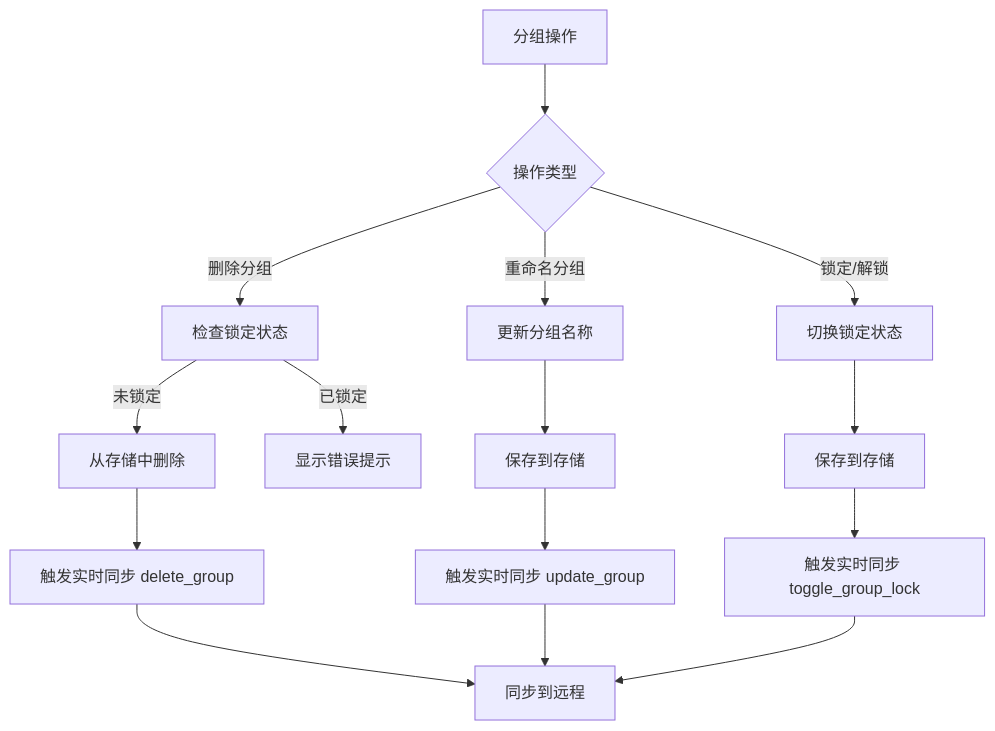
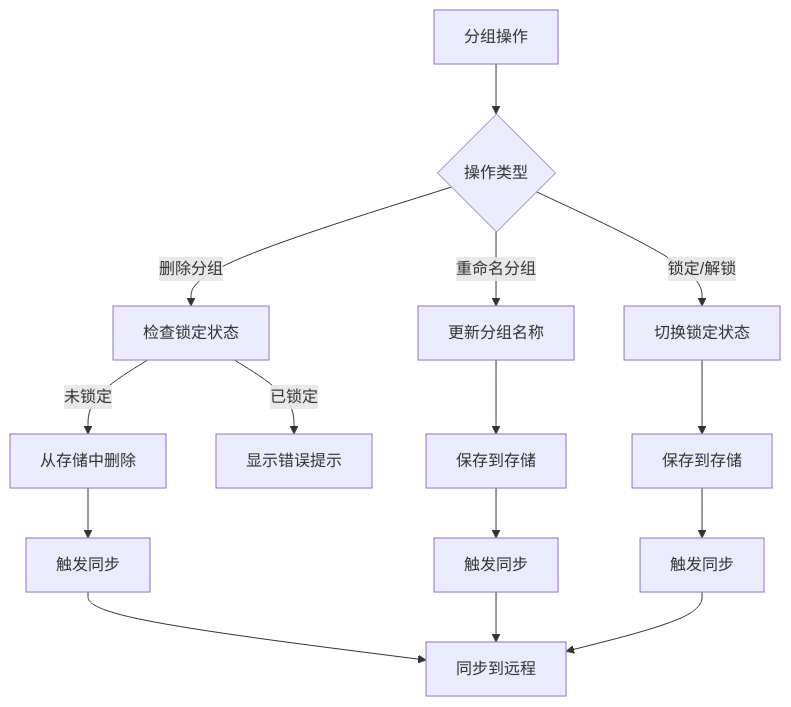
The fourth of 12 diagrams in UniTab_流程链路图.md (namehu/UniTab), drawn with Mermaid before and after one commit. The commit also changed other lines of this file and 11 other files, not shown here.

````diff
--- a/UniTab_流程链路图.md
+++ b/UniTab_流程链路图.md
@@ -98,22 +94,22 @@
 ```mermaid
 flowchart TD
     A[分组操作] --> B{操作类型}
     
     B -->|删除分组| C[检查锁定状态]
     C -->|未锁定| D[从存储中删除]
     C -->|已锁定| E[显示错误提示]
     
     B -->|重命名分组| F[更新分组名称]
     F --> G[保存到存储]
     
     B -->|锁定/解锁| H[切换锁定状态]
     H --> I[保存到存储]
     
-    D --> J[触发实时同步 delete_group]
-    G --> K[触发实时同步 update_group]
-    I --> L[触发实时同步 toggle_group_lock]
+    D --> J[触发同步]
+    G --> K[触发同步]
+    I --> L[触发同步]
     
     J --> M[同步到远程]
     K --> M
     L --> M
 ```
````
